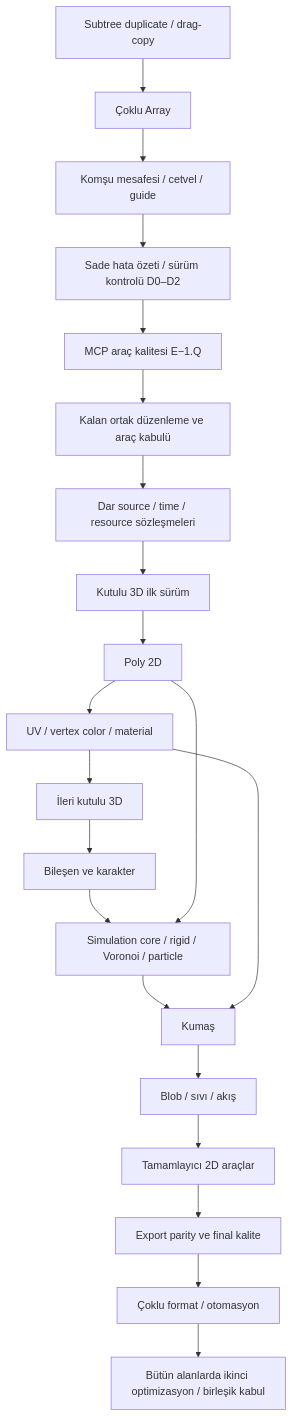
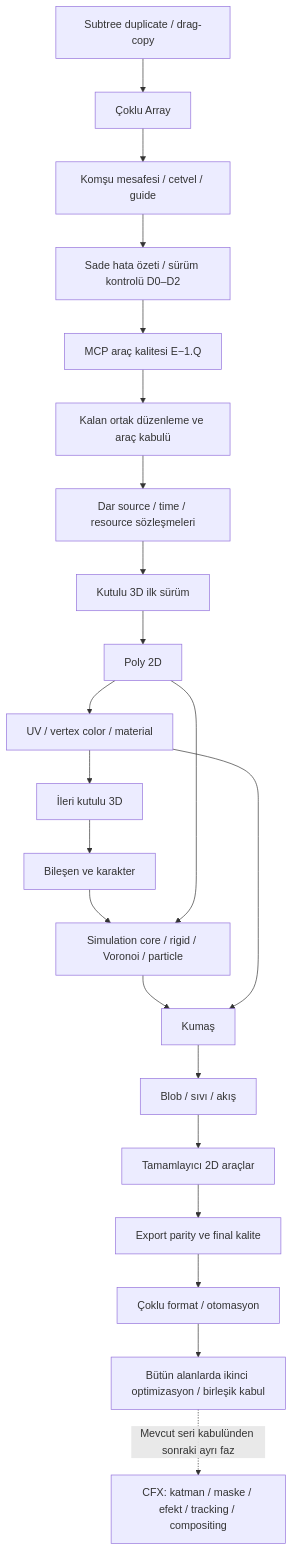
Before and after one commit to codie1982/chorono-editor: the diagram in docs/tr/production-2d-roadmap.md, drawn with Mermaid. The commit also changed other lines of this file and 2 other files, not shown here.

Commit message:
Plan deferred compositing and local motion tracking phase

````diff
--- a/docs/tr/production-2d-roadmap.md
+++ b/docs/tr/production-2d-roadmap.md
@@ -85,23 +92,24 @@
 ```mermaid
 flowchart TD
     V4[Subtree duplicate / drag-copy] --> V5[Çoklu Array]
     V5 --> LAYOUT[Komşu mesafesi / cetvel / guide]
     LAYOUT --> DIAG[Sade hata özeti / sürüm kontrolü D0–D2]
     DIAG --> Q[MCP araç kalitesi E−1.Q]
     Q --> H[Kalan ortak düzenleme ve araç kabulü]
     H --> I[Dar source / time / resource sözleşmeleri]
     I --> B[Kutulu 3D ilk sürüm]
     B --> G[Poly 2D]
     G --> U[UV / vertex color / material]
     U --> B2[İleri kutulu 3D]
     B2 --> C[Bileşen ve karakter]
     C --> S[Simulation core / rigid / Voronoi / particle]
     G --> S
     S --> CL[Kumaş]
     U --> CL
     CL --> L[Blob / sıvı / akış]
     L --> T[Tamamlayıcı 2D araçlar]
     T --> E[Export parity ve final kalite]
     E --> M[Çoklu format / otomasyon]
     M --> O[Bütün alanlarda ikinci optimizasyon / birleşik kabul]
+    O -. Mevcut seri kabulünden sonraki ayrı faz .-> F[CFX: katman / maske / efekt / tracking / compositing]
 ```
````
